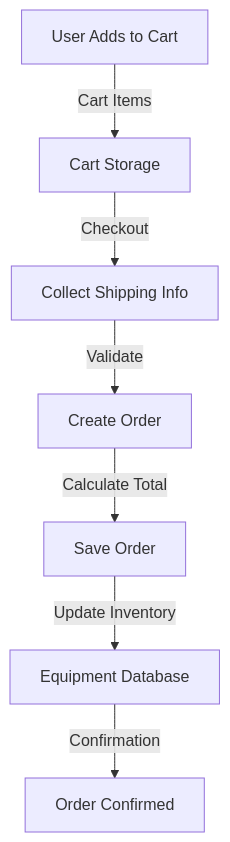
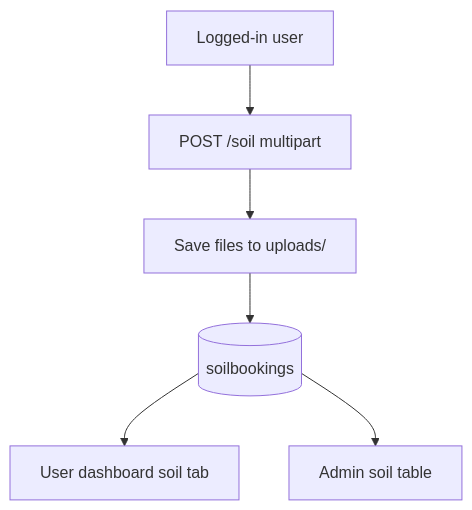
One commit to basantmahato/AgricultureManagementSystem changed the sixth of 8 diagrams in docs/DFD.md. Above: the diagram before and after it, drawn with Mermaid. The commit also changed other lines of this file and 4 other files, not shown here.

````diff
--- a/docs/DFD.md
+++ b/docs/DFD.md
@@ -72,9 +90,8 @@
 ```mermaid
 graph TD
-    A[User Adds to Cart] -->|Cart Items| B[Cart Storage]
-    B -->|Checkout| C[Collect Shipping Info]
-    C -->|Validate| D[Create Order]
-    D -->|Calculate Total| E[Save Order]
-    E -->|Update Inventory| F[Equipment Database]
-    F -->|Confirmation| G[Order Confirmed]
+    A[Logged-in user] --> B[POST /soil multipart]
+    B --> C[Save files to uploads/]
+    C --> D[(soilbookings)]
+    D --> E[User dashboard soil tab]
+    D --> F[Admin soil table]
 ```
````
